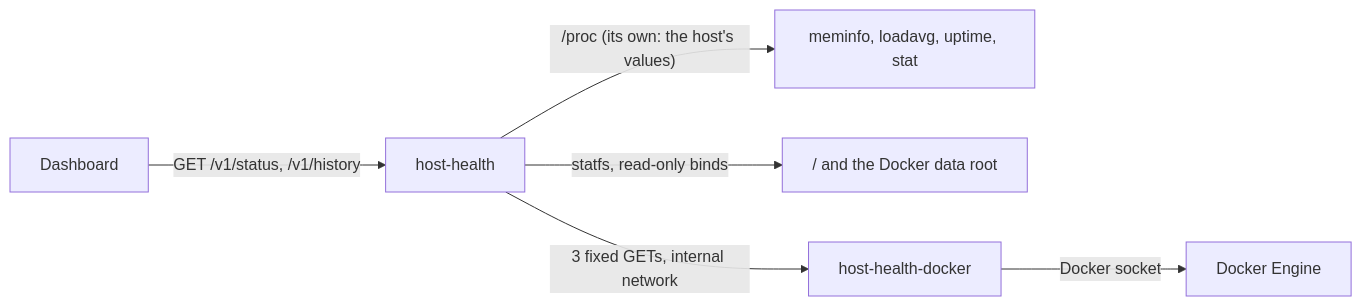
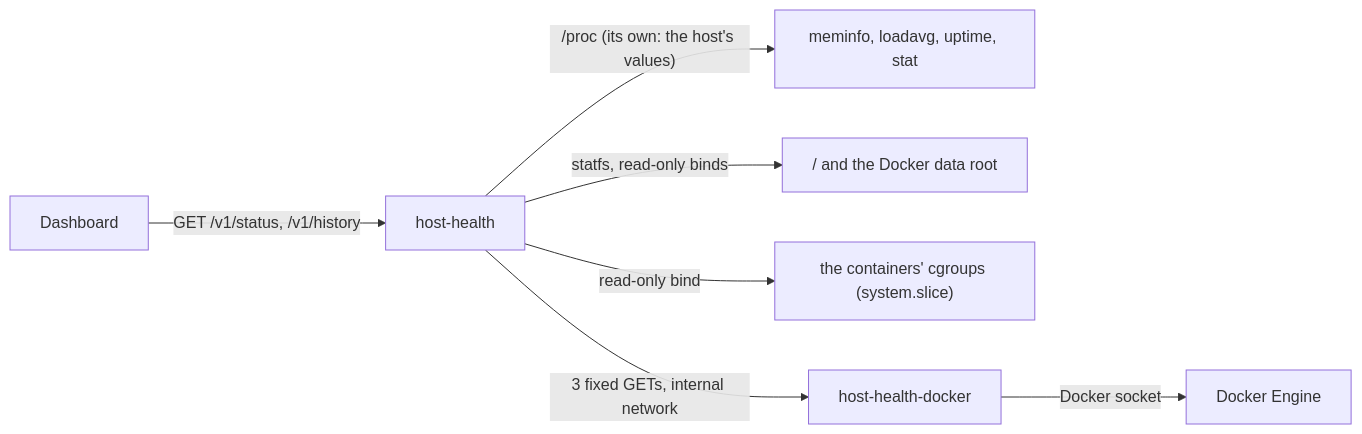
One commit to GAMch1k/life-os changed the diagram in docs/services/host-health.md. Above: the diagram before and after it, drawn with Mermaid. The commit also changed other lines of this file and 5 other files, not shown here.

````diff
--- a/docs/services/host-health.md
+++ b/docs/services/host-health.md
@@ -7,8 +7,9 @@
 ```mermaid
 flowchart LR
   Dashboard -- "GET /v1/status, /v1/history" --> HH[host-health]
   HH -- "/proc (its own: the host's values)" --> Proc[meminfo, loadavg, uptime, stat]
   HH -- "statfs, read-only binds" --> Disks["/ and the Docker data root"]
+  HH -- "read-only bind" --> Cgroups["the containers' cgroups (system.slice)"]
   HH -- "3 fixed GETs, internal network" --> GW[host-health-docker]
   GW -- "Docker socket" --> Engine[Docker Engine]
 ```
````
